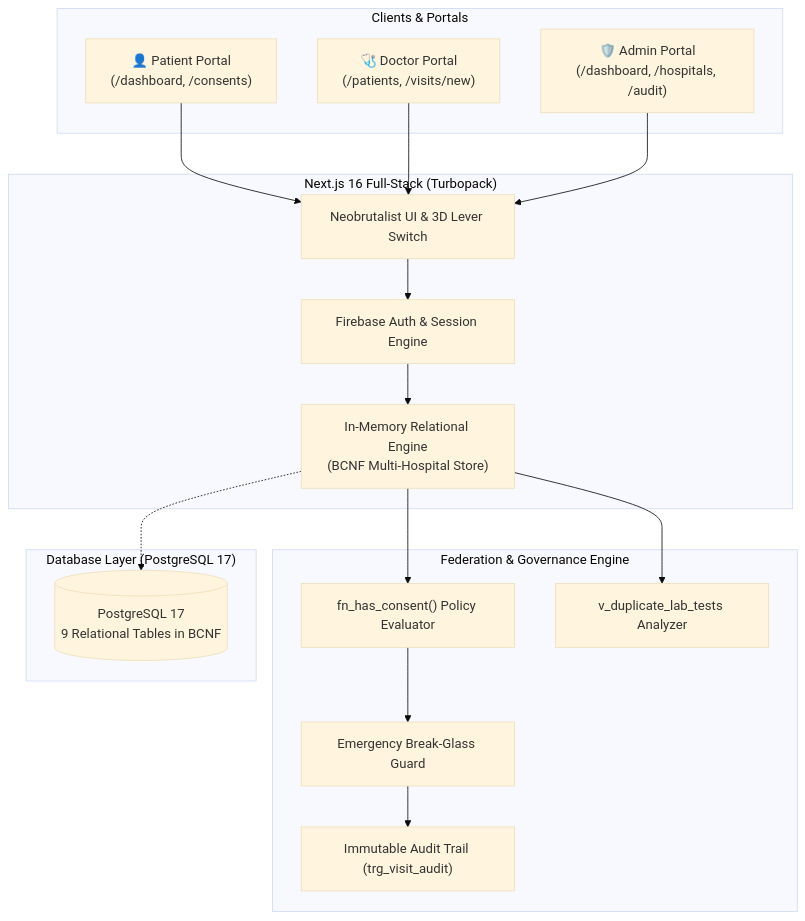
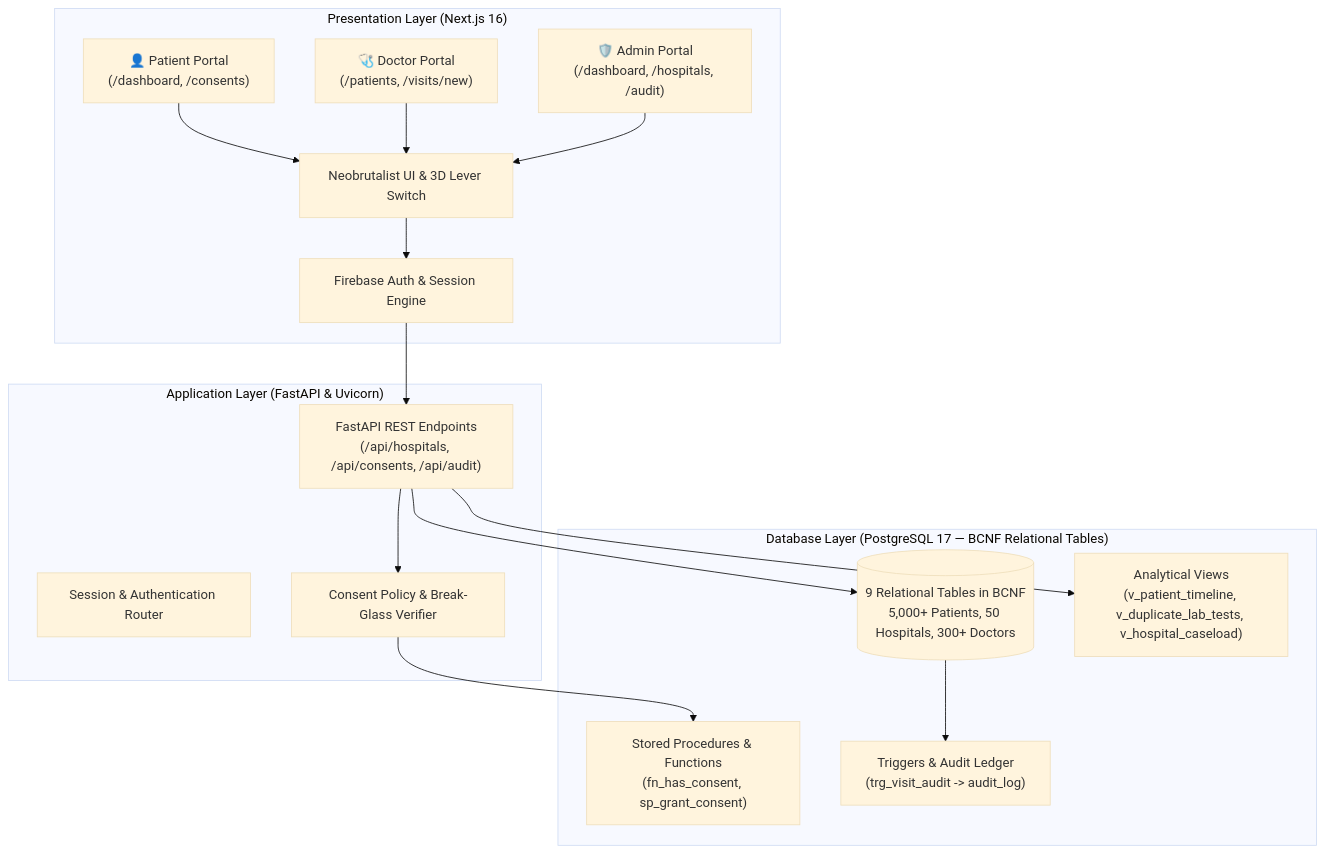
Before and after one commit to SudoMorpheUS/arogya-link: the first of 2 diagrams in README.md, drawn with Mermaid (base theme). The commit also changed other lines of this file, not shown here.

````diff
--- a/README.md
+++ b/README.md
@@ -23,36 +23,34 @@
 ```mermaid
 graph TD
-    subgraph Clients["Clients & Portals"]
+    subgraph Clients["Presentation Layer (Next.js 16)"]
         P["👤 Patient Portal\n(/dashboard, /consents)"]
         D["🩺 Doctor Portal\n(/patients, /visits/new)"]
         A["🛡️ Admin Portal\n(/dashboard, /hospitals, /audit)"]
+        UI["Neobrutalist UI & 3D Lever Switch"]
+        Auth["Firebase Auth & Session Engine"]
     end
 
-    subgraph Frontend["Next.js 16 Full-Stack (Turbopack)"]
-        UI["Neobrutalist UI & 3D Lever Switch"]
-        Auth["Firebase Auth & Session Engine"]
-        Store["In-Memory Relational Engine\n(BCNF Multi-Hospital Store)"]
+    subgraph Backend["Application Layer (FastAPI & Uvicorn)"]
+        API["FastAPI REST Endpoints\n(/api/hospitals, /api/consents, /api/audit)"]
+        AuthRouter["Session & Authentication Router"]
+        PolicyEngine["Consent Policy & Break-Glass Verifier"]
     end
 
-    subgraph Security["Federation & Governance Engine"]
-        ConsentCheck["fn_has_consent() Policy Evaluator"]
-        BreakGlass["Emergency Break-Glass Guard"]
-        AuditLedger["Immutable Audit Trail (trg_visit_audit)"]
-        DupCheck["v_duplicate_lab_tests Analyzer"]
-    end
-
-    subgraph Data["Database Layer (PostgreSQL 17)"]
-        DB[(PostgreSQL 17\n9 Relational Tables in BCNF)]
+    subgraph Database["Database Layer (PostgreSQL 17 — BCNF Relational Tables)"]
+        DB[(9 Relational Tables in BCNF\n5,000+ Patients, 50 Hospitals, 300+ Doctors)]
+        Procs["Stored Procedures & Functions\n(fn_has_consent, sp_grant_consent)"]
+        Views["Analytical Views\n(v_patient_timeline, v_duplicate_lab_tests, v_hospital_caseload)"]
+        Triggers["Triggers & Audit Ledger\n(trg_visit_audit -> audit_log)"]
     end
 
     P --> UI
     D --> UI
     A --> UI
     UI --> Auth
-    Auth --> Store
-    Store --> ConsentCheck
-    ConsentCheck --> BreakGlass
-    BreakGlass --> AuditLedger
-    Store --> DupCheck
-    Store -.-> DB
+    Auth --> API
+    API --> PolicyEngine
+    PolicyEngine --> Procs
+    API --> Views
+    API --> DB
+    DB --> Triggers
 ```
````
